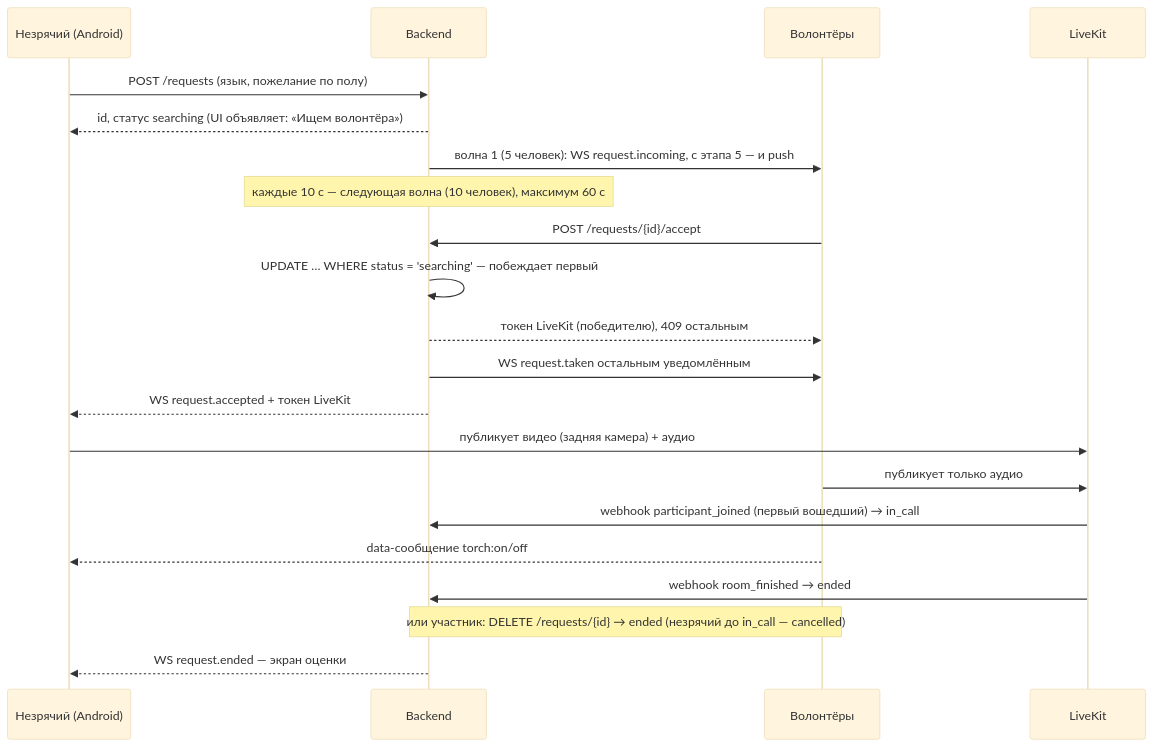
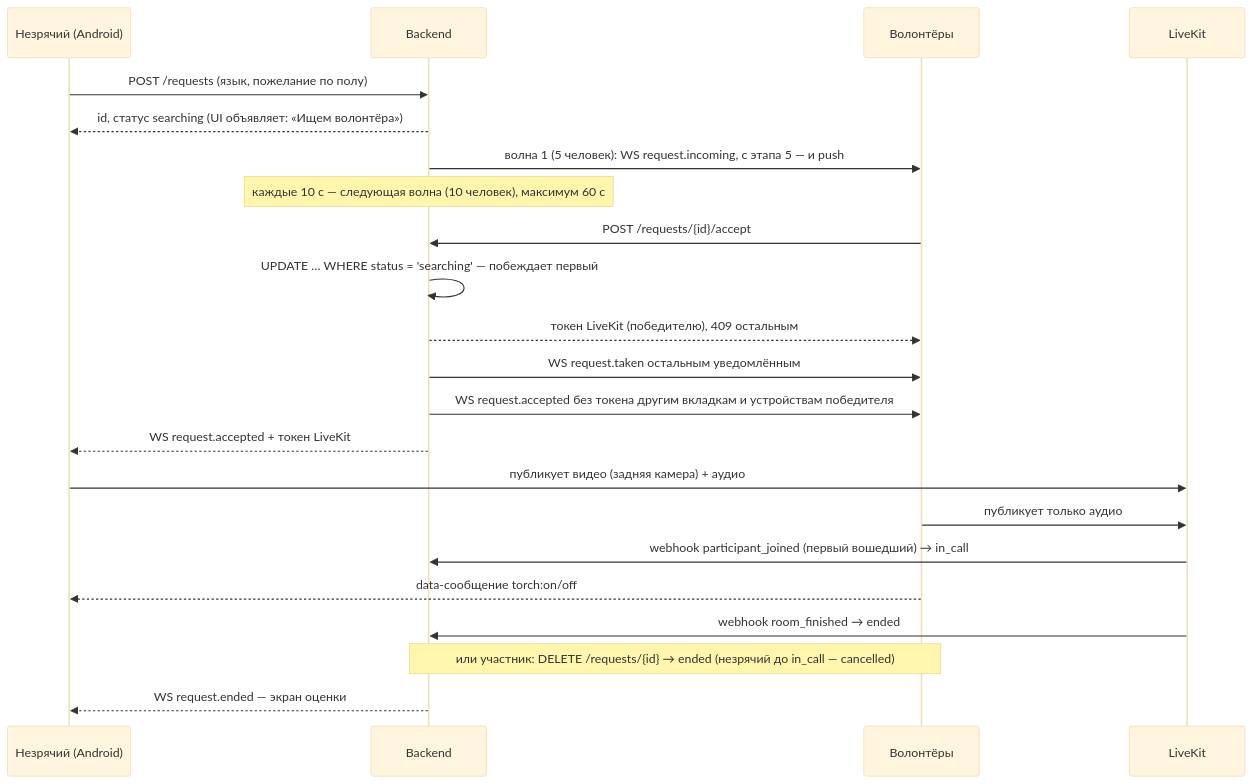
Before and after one commit to KhanKhanov/ryadom: the second of 2 diagrams in docs/ARCHITECTURE.md, drawn with Mermaid (base theme). The commit also changed other lines of this file and 18 other files, not shown here.

````diff
--- a/docs/ARCHITECTURE.md
+++ b/docs/ARCHITECTURE.md
@@ -45,23 +45,24 @@
 ```mermaid
 sequenceDiagram
   participant U as Незрячий (Android)
   participant B as Backend
   participant V as Волонтёры
   participant L as LiveKit
   U->>B: POST /requests (язык, пожелание по полу)
   B-->>U: id, статус searching (UI объявляет: «Ищем волонтёра»)
   B->>V: волна 1 (5 человек): WS request.incoming, с этапа 5 — и push
   Note over B: каждые 10 с — следующая волна (10 человек), максимум 60 с
   V->>B: POST /requests/{id}/accept
   B->>B: UPDATE … WHERE status = 'searching' — побеждает первый
   B-->>V: токен LiveKit (победителю), 409 остальным
   B->>V: WS request.taken остальным уведомлённым
+  B->>V: WS request.accepted без токена другим вкладкам и устройствам победителя
   B-->>U: WS request.accepted + токен LiveKit
   U->>L: публикует видео (задняя камера) + аудио
   V->>L: публикует только аудио
   L->>B: webhook participant_joined (первый вошедший) → in_call
   V-->>U: data-сообщение torch:on/off
   L->>B: webhook room_finished → ended
   Note over V,B: или участник: DELETE /requests/{id} → ended (незрячий до in_call — cancelled)
   B-->>U: WS request.ended — экран оценки
 ```
````
